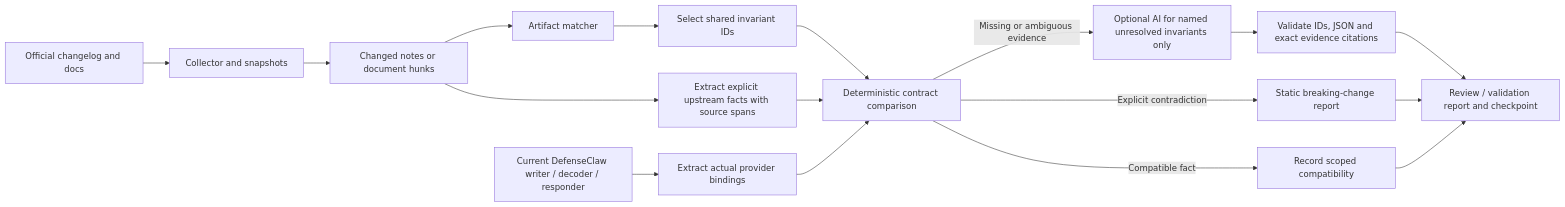
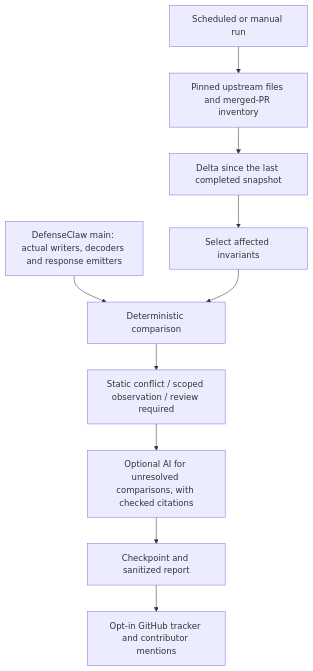
The diagram in scripts/connector_delta/README.md (DominikHommer/defenseclaw), drawn with Mermaid before and after one commit. The commit also changed other lines of this file and 33 other files, not shown here.

````diff
--- a/scripts/connector_delta/README.md
+++ b/scripts/connector_delta/README.md
@@ -49,19 +10,12 @@
 ```mermaid
-flowchart LR
-    A[Official changelog and docs] --> B[Collector and snapshots]
-    B --> C[Changed notes or document hunks]
-    C --> D[Artifact matcher]
-    D --> E[Select shared invariant IDs]
-    C --> U[Extract explicit upstream facts with source spans]
-    L[Current DefenseClaw writer / decoder / responder] --> V[Extract actual provider bindings]
-    E --> X[Deterministic contract comparison]
-    U --> X
-    V --> X
-    X -->|Explicit contradiction| H[Static breaking-change report]
-    X -->|Compatible fact| R[Record scoped compatibility]
-    X -->|Missing or ambiguous evidence| F[Optional AI for named unresolved invariants only]
-    F --> G[Validate IDs, JSON and exact evidence citations]
-    G --> J[Review / validation report and checkpoint]
-    H --> J
-    R --> J
+flowchart TD
+    A[Scheduled or manual run] --> B[Pinned upstream files and merged-PR inventory]
+    B --> C[Delta since the last completed snapshot]
+    C --> D[Select affected invariants]
+    E[DefenseClaw main: actual writers, decoders and response emitters] --> F[Deterministic comparison]
+    D --> F
+    F --> G[Static conflict / scoped observation / review required]
+    G --> H[Optional AI for unresolved comparisons, with checked citations]
+    H --> I[Checkpoint and sanitized report]
+    I --> J[Opt-in GitHub tracker and contributor mentions]
 ```
````
